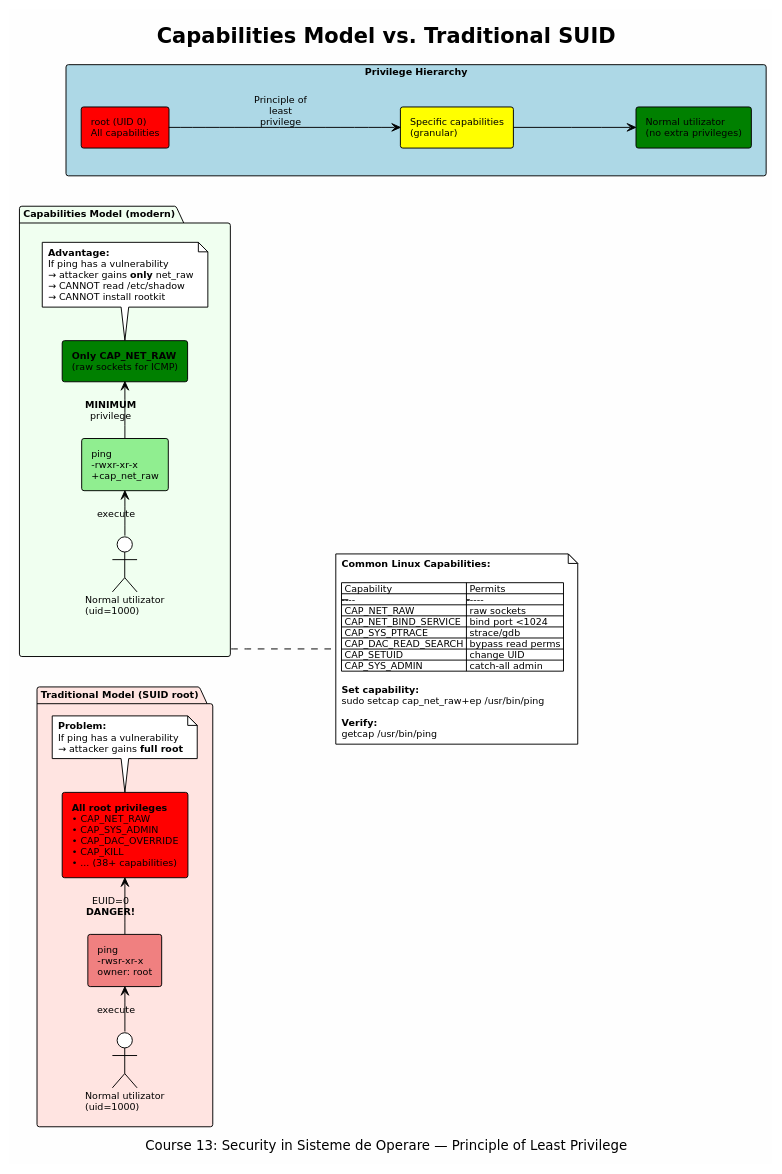
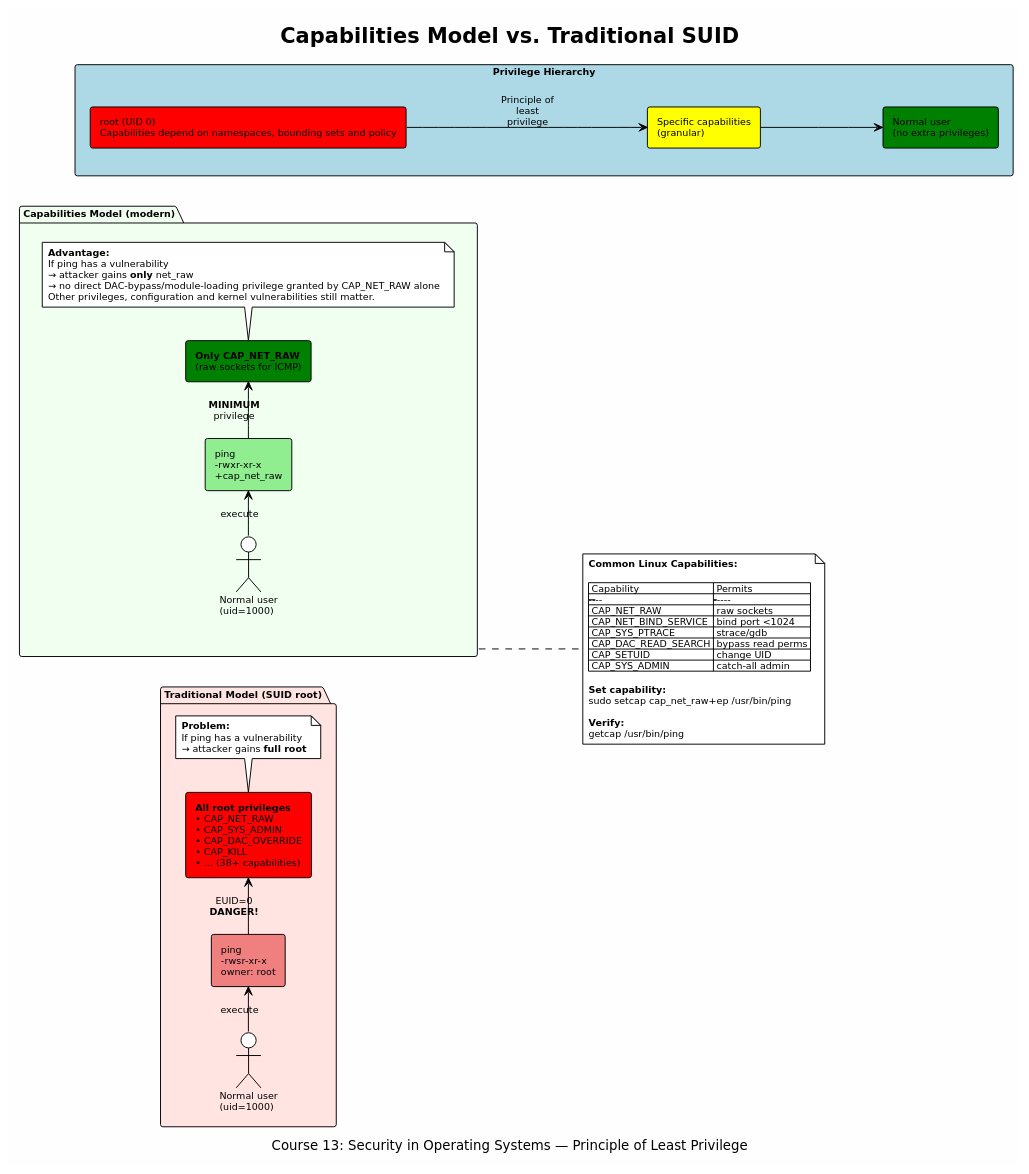
Before and after one commit to antonioclim/ENos: the diagram in 05_LECTURES/13-Security_in_Operating_Systems/diagrams/02_capabilities_model.puml, drawn with PlantUML. The commit also changed 1408 other files, not shown here.

```diff
--- a/05_LECTURES/13-Security_in_Operating_Systems/diagrams/02_capabilities_model.puml
+++ b/05_LECTURES/13-Security_in_Operating_Systems/diagrams/02_capabilities_model.puml
@@ -1,76 +1,76 @@
 @startuml
 !theme plain
 skinparam backgroundColor #FEFEFE
 skinparam defaultFontName DejaVu Sans
 skinparam defaultFontSize 10
 
 title Capabilities Model vs. Traditional SUID
-caption Course 13: Security in Sisteme de Operare — Principle of Least Privilege
+caption Course 13: Security in Operating Systems — Principle of Least Privilege
 
 left to right direction
 
 package "**Traditional Model (SUID root)**" as TRAD #MistyRose {
-  actor "Normal utilizator\n(uid=1000)" as U1
+  actor "Normal user\n(uid=1000)" as U1
   
   rectangle "ping\n-rwsr-xr-x\nowner: root" as PING1 #LightCoral
   
   rectangle "**All root privileges**\n• CAP_NET_RAW\n• CAP_SYS_ADMIN\n• CAP_DAC_OVERRIDE\n• CAP_KILL\n• ... (38+ capabilities)" as ROOT1 #Red
   
   U1 -right-> PING1 : "execute"
   PING1 -right-> ROOT1 : "EUID=0\n**DANGER!**"
   
   note bottom of ROOT1
     **Problem:**
     If ping has a vulnerability
     → attacker gains **full root**
   end note
 }
 
 package "**Capabilities Model (modern)**" as CAP #Honeydew {
-  actor "Normal utilizator\n(uid=1000)" as U2
+  actor "Normal user\n(uid=1000)" as U2
   
   rectangle "ping\n-rwxr-xr-x\n+cap_net_raw" as PING2 #LightGreen
   
   rectangle "**Only CAP_NET_RAW**\n(raw sockets for ICMP)" as ROOT2 #Green
   
   U2 -right-> PING2 : "execute"
   PING2 -right-> ROOT2 : "**MINIMUM**\nprivilege"
   
   note bottom of ROOT2
     **Advantage:**
     If ping has a vulnerability
     → attacker gains **only** net_raw
-    → CANNOT read /etc/shadow
-    → CANNOT install rootkit
+    → no direct DAC-bypass/module-loading privilege granted by CAP_NET_RAW alone
+    Other privileges, configuration and kernel vulnerabilities still matter.
   end note
 }
 
 note right of CAP
   **Common Linux Capabilities:**
   
   | Capability | Permits |
   |------------|---------|
   | CAP_NET_RAW | raw sockets |
   | CAP_NET_BIND_SERVICE | bind port <1024 |
   | CAP_SYS_PTRACE | strace/gdb |
   | CAP_DAC_READ_SEARCH | bypass read perms |
   | CAP_SETUID | change UID |
   | CAP_SYS_ADMIN | catch-all admin |
   
   **Set capability:**
   sudo setcap cap_net_raw+ep /usr/bin/ping
   
   **Verify:**
   getcap /usr/bin/ping
 end note
 
 rectangle "**Privilege Hierarchy**" as HIER #LightBlue {
-  rectangle "root (UID 0)\nAll capabilities" as R #Red
+  rectangle "root (UID 0)\nCapabilities depend on namespaces, bounding sets and policy" as R #Red
   rectangle "Specific capabilities\n(granular)" as C #Yellow
-  rectangle "Normal utilizator\n(no extra privileges)" as N #Green
+  rectangle "Normal user\n(no extra privileges)" as N #Green
   
   R -down-> C : "Principle of\nleast\nprivilege"
   C -down-> N
 }
 
 @enduml
```
